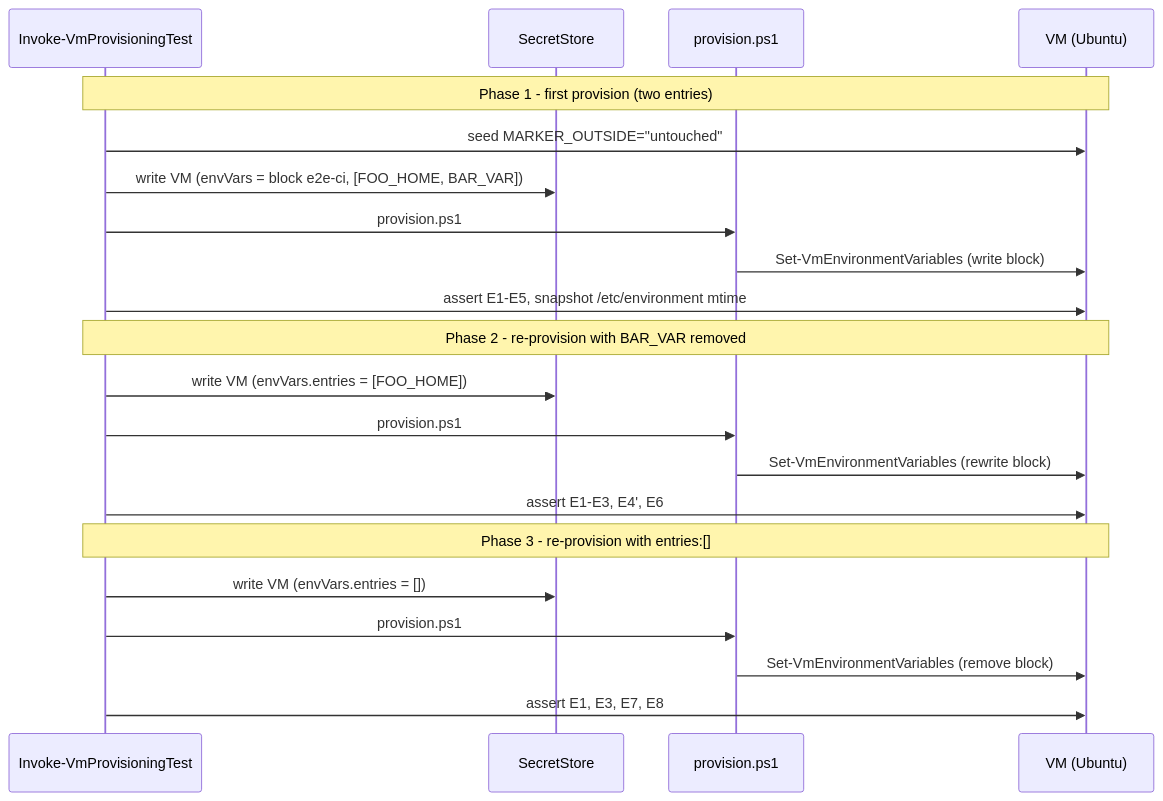
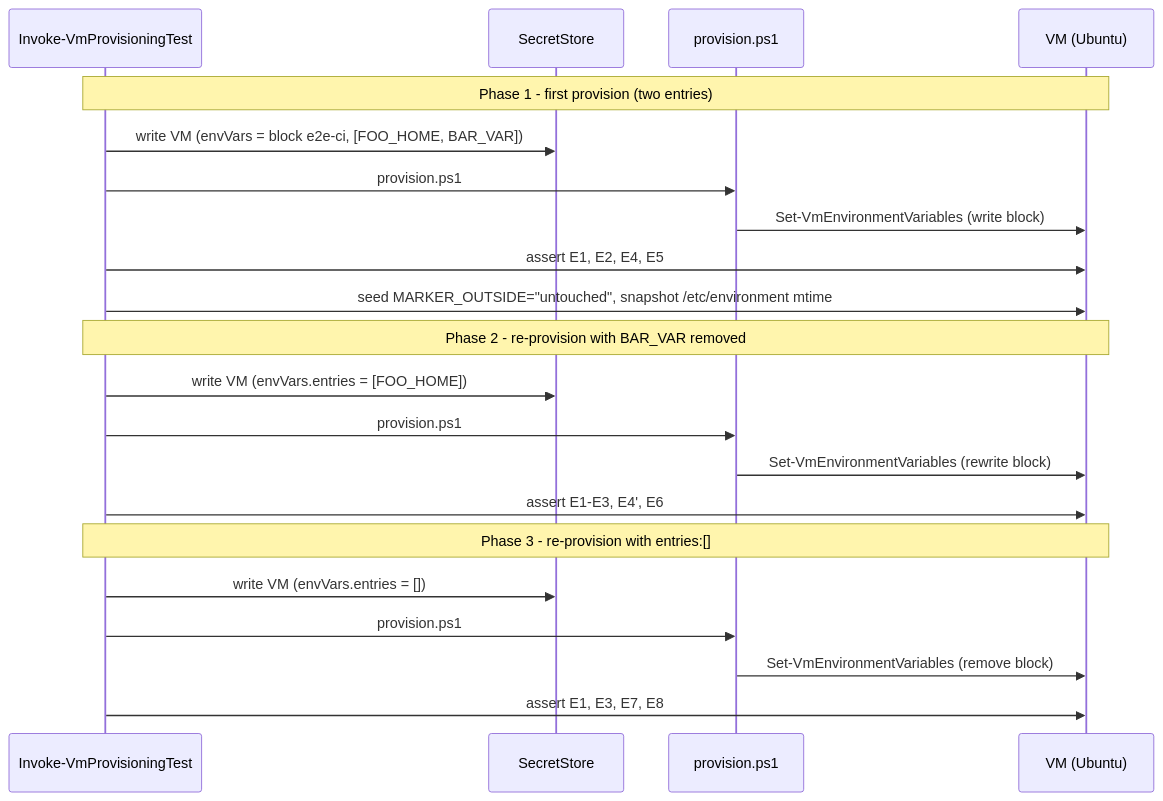
Before and after one commit to Klark-Morrigan/Infrastructure-Vm-Provisioner: the second of 2 diagrams in docs/dev/implementation/08 - env vars/plan.md, drawn with Mermaid. The commit also changed other lines of this file, not shown here.

````diff
--- a/docs/dev/implementation/08 - env vars/plan.md
+++ b/docs/dev/implementation/08 - env vars/plan.md
@@ -438,26 +441,26 @@
 ```mermaid
 sequenceDiagram
     participant E2E as Invoke-VmProvisioningTest
     participant Vault as SecretStore
     participant Prov as provision.ps1
     participant VM as VM (Ubuntu)
 
     Note over E2E,VM: Phase 1 - first provision (two entries)
-    E2E->>VM: seed MARKER_OUTSIDE="untouched"
     E2E->>Vault: write VM (envVars = block e2e-ci, [FOO_HOME, BAR_VAR])
     E2E->>Prov: provision.ps1
     Prov->>VM: Set-VmEnvironmentVariables (write block)
-    E2E->>VM: assert E1-E5, snapshot /etc/environment mtime
+    E2E->>VM: assert E1, E2, E4, E5
+    E2E->>VM: seed MARKER_OUTSIDE="untouched", snapshot /etc/environment mtime
 
     Note over E2E,VM: Phase 2 - re-provision with BAR_VAR removed
     E2E->>Vault: write VM (envVars.entries = [FOO_HOME])
     E2E->>Prov: provision.ps1
     Prov->>VM: Set-VmEnvironmentVariables (rewrite block)
     E2E->>VM: assert E1-E3, E4', E6
 
     Note over E2E,VM: Phase 3 - re-provision with entries:[]
     E2E->>Vault: write VM (envVars.entries = [])
     E2E->>Prov: provision.ps1
     Prov->>VM: Set-VmEnvironmentVariables (remove block)
     E2E->>VM: assert E1, E3, E7, E8
 ```
````
